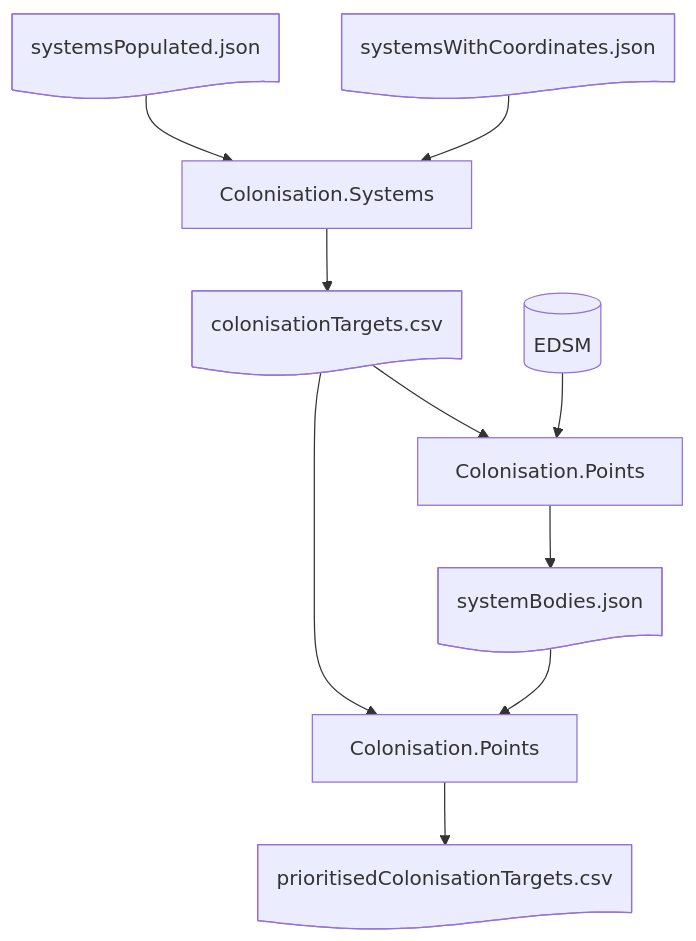
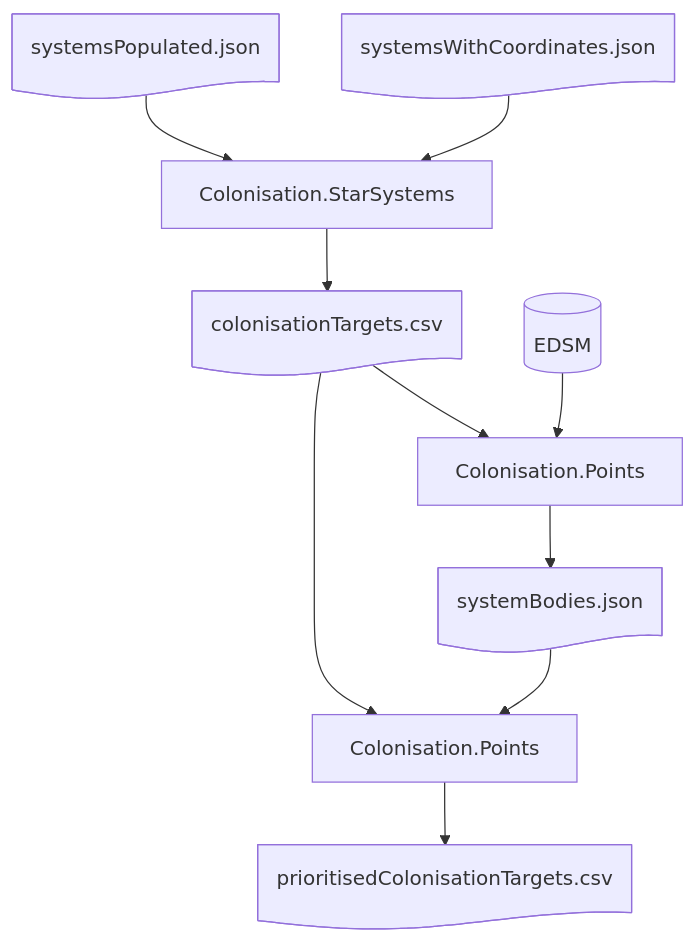
One commit to anthonylangsworth/Colonisation changed the diagram in README.md. Above: the diagram before and after it, drawn with Mermaid.

Commit message:
Correct exe name in diagram

````diff
--- a/README.md
+++ b/README.md
@@ -16,12 +16,12 @@
 ```mermaid
 flowchart TB
-  swc@{ shape: doc, label: "systemsWithCoordinates.json"} --> cs["Colonisation.Systems"]
+  swc@{ shape: doc, label: "systemsWithCoordinates.json"} --> cs["Colonisation.StarSystems"]
   sp@{ shape: doc, label: "systemsPopulated.json"} --> cs
   cs --> ct@{ shape: doc, label: "colonisationTargets.csv"}
   edsm@{ shape: cyl, label: "EDSM"} --> cb["Colonisation.Bodies"]
   cb --> sb@{ shape: doc, label: "systemBodies.json"}
   ct --> cb["Colonisation.Points"]
   ct --> cp["Colonisation.Points"]
   sb --> cp
   cp --> pct@{ shape: doc, label: "prioritisedColonisationTargets.csv"}
 ```
````
